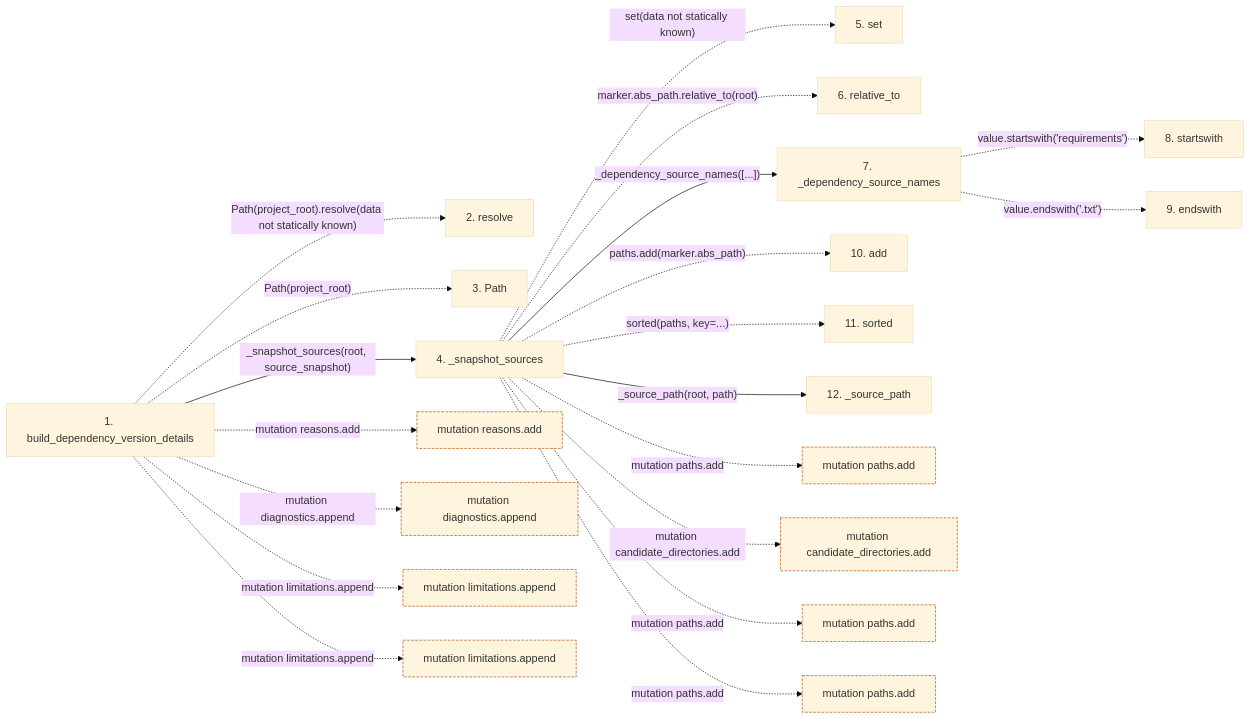
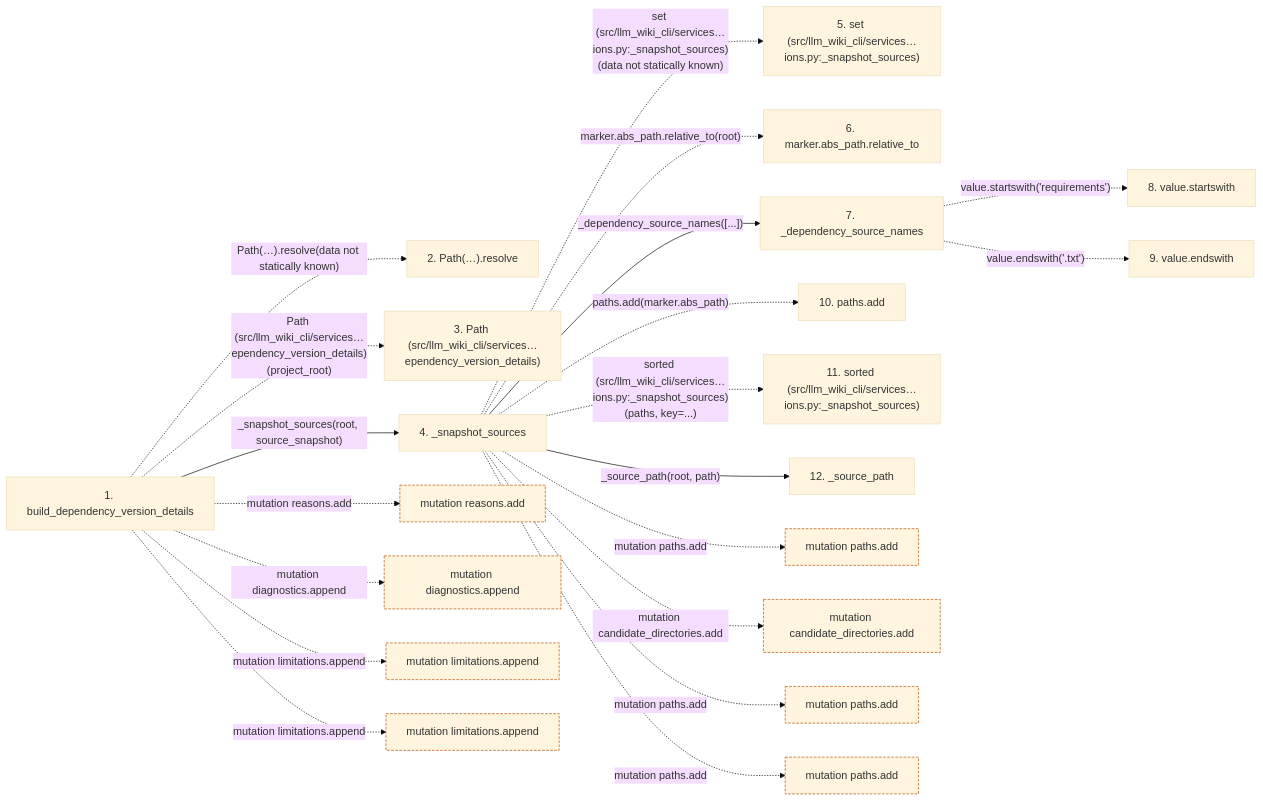
The second of 2 diagrams in docs/llm_wiki/flows/api-build_dependency_version_details.md (Denissvgn/python-wiki-llm), drawn with Mermaid (base theme) before and after one commit. The commit also changed other lines of this file and 719 other files, not shown here.

````diff
--- a/docs/llm_wiki/flows/api-build_dependency_version_details.md
+++ b/docs/llm_wiki/flows/api-build_dependency_version_details.md
@@ -70,55 +76,55 @@
 ```mermaid
 flowchart LR
     s1["1. build_dependency_version_details"]
-    s2["2. resolve"]
-    s3["3. Path"]
+    s2["2. Path(…).resolve"]
+    s3["3. Path (src/llm_wiki_cli/services…ependency_version_details)"]
     s4["4. _snapshot_sources"]
-    s5["5. set"]
-    s6["6. relative_to"]
+    s5["5. set (src/llm_wiki_cli/services…ions.py:_snapshot_sources)"]
+    s6["6. marker.abs_path.relative_to"]
     s7["7. _dependency_source_names"]
-    s8["8. startswith"]
-    s9["9. endswith"]
-    s10["10. add"]
-    s11["11. sorted"]
+    s8["8. value.startswith"]
+    s9["9. value.endswith"]
+    s10["10. paths.add"]
+    s11["11. sorted (src/llm_wiki_cli/services…ions.py:_snapshot_sources)"]
     s12["12. _source_path"]
-    s1 -. "Path(project_root).resolve(data not statically known)" .-> s2
-    s1 -. "Path(project_root)" .-> s3
+    s1 -. "Path(…).resolve(data not statically known)" .-> s2
+    s1 -. "Path (src/llm_wiki_cli/services…ependency_version_details)(project_root)" .-> s3
     s1 -->|"_snapshot_sources(root, source_snapshot)"| s4
-    s4 -. "set(data not statically known)" .-> s5
+    s4 -. "set (src/llm_wiki_cli/services…ions.py:_snapshot_sources)(data not statically known)" .-> s5
     s4 -. "marker.abs_path.relative_to(root)" .-> s6
     s4 -->|"_dependency_source_names([...])"| s7
     s7 -. "value.startswith('requirements')" .-> s8
     s7 -. "value.endswith('.txt')" .-> s9
     s4 -. "paths.add(marker.abs_path)" .-> s10
-    s4 -. "sorted(paths, key=...)" .-> s11
+    s4 -. "sorted (src/llm_wiki_cli/services…ions.py:_snapshot_sources)(paths, key=...)" .-> s11
     s4 -->|"_source_path(root, path)"| s12
     b0["mutation reasons.add"]
     s1 -. "mutation reasons.add" .-> b0
     b1["mutation diagnostics.append"]
     s1 -. "mutation diagnostics.append" .-> b1
     b2["mutation limitations.append"]
     s1 -. "mutation limitations.append" .-> b2
     b3["mutation limitations.append"]
     s1 -. "mutation limitations.append" .-> b3
     b4["mutation paths.add"]
     s4 -. "mutation paths.add" .-> b4
     b5["mutation candidate_directories.add"]
     s4 -. "mutation candidate_directories.add" .-> b5
     b6["mutation paths.add"]
     s4 -. "mutation paths.add" .-> b6
     b7["mutation paths.add"]
     s4 -. "mutation paths.add" .-> b7
     click s1 "../modules/dependency_versions.md"
     click s4 "../modules/dependency_versions.md"
     click s7 "../modules/dependency_versions.md"
     click s12 "../modules/dependency_versions.md"
     classDef boundary stroke:#b45309,stroke-dasharray: 4 2
     class b0 boundary
     class b1 boundary
     class b2 boundary
     class b3 boundary
     class b4 boundary
     class b5 boundary
     class b6 boundary
     class b7 boundary
 ```
````
